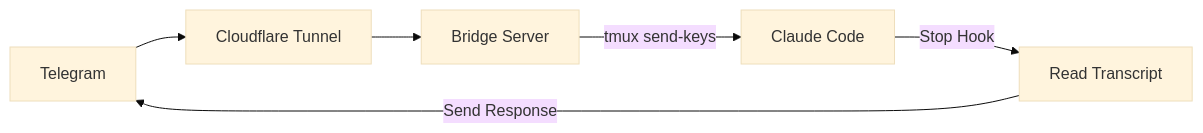
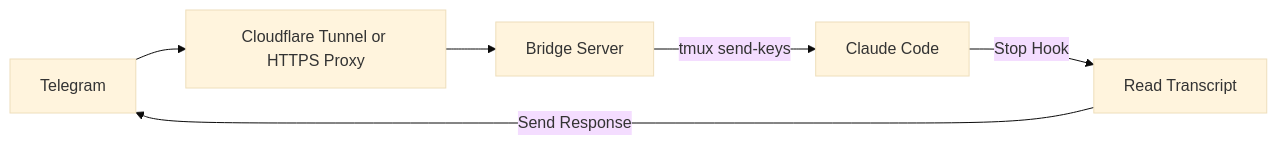
One commit to luandro/claudecode-telegram changed the diagram in README.md. Above: the diagram before and after it, drawn with Mermaid (base theme). The commit also changed other lines of this file, not shown here.

````diff
--- a/README.md
+++ b/README.md
@@ -9,8 +25,8 @@
 ```mermaid
 flowchart LR
-    A[Telegram] --> B[Cloudflare Tunnel]
+    A[Telegram] --> B[Cloudflare Tunnel or HTTPS Proxy]
     B --> C[Bridge Server]
     C -->|tmux send-keys| D[Claude Code]
     D -->|Stop Hook| E[Read Transcript]
     E -->|Send Response| A
 ```
````
